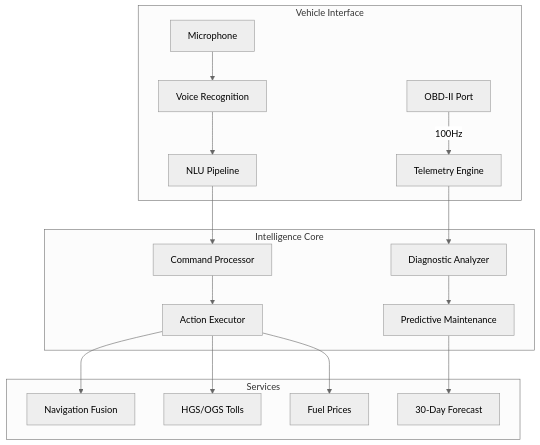
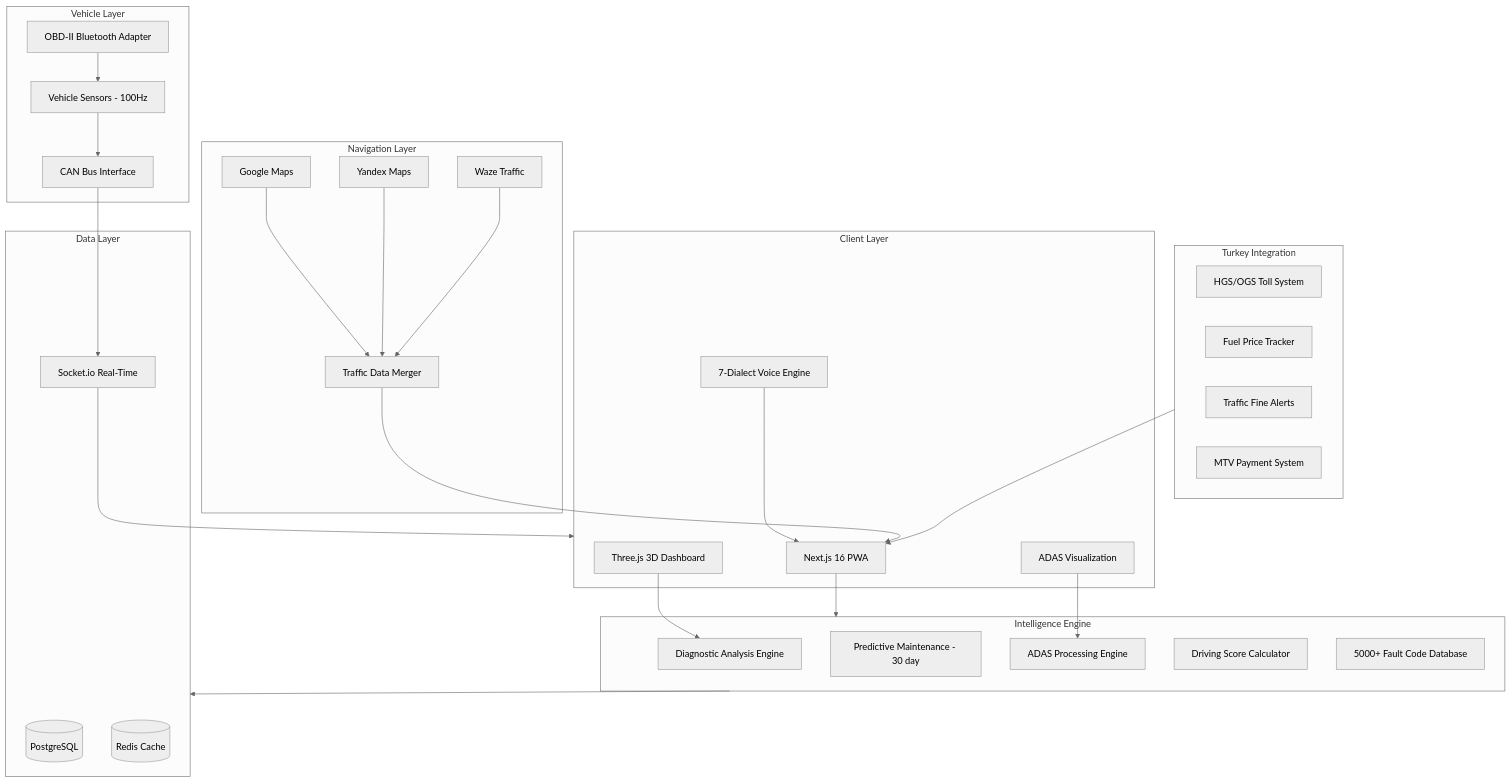
One commit to lydianai/otoail.ailydian.com changed the diagram in README.md. Above: the diagram before and after it, drawn with Mermaid (neutral theme). The commit also changed other lines of this file and 5 other files, not shown here.

````diff
--- a/README.md
+++ b/README.md
@@ -60,20 +157,58 @@
 ```mermaid
-graph TD
-    subgraph "Vehicle Interface"
-        A[OBD-II Port] -->|100Hz| B[Telemetry Engine]
-        C[Microphone] --> D[Voice Recognition]
-        D --> E[NLU Pipeline]
+graph TB
+    subgraph Vehicle["Vehicle Layer"]
+        OBD[OBD-II Bluetooth Adapter]
+        SENSORS[Vehicle Sensors - 100Hz]
+        CAN[CAN Bus Interface]
     end
-    subgraph "Intelligence Core"
-        B --> F[Diagnostic Analyzer]
-        E --> G[Command Processor]
-        F --> H[Predictive Maintenance]
-        G --> I[Action Executor]
+
+    subgraph Client["Client Layer"]
+        WEB[Next.js 16 PWA]
+        VOICE[7-Dialect Voice Engine]
+        ADAS_UI[ADAS Visualization]
+        THREE[Three.js 3D Dashboard]
     end
-    subgraph "Services"
-        I --> J[Navigation Fusion]
-        I --> K[HGS/OGS Tolls]
-        I --> L[Fuel Prices]
-        H --> M[30-Day Forecast]
+
+    subgraph Intelligence["Intelligence Engine"]
+        DIAG[Diagnostic Analysis Engine]
+        PREDICT[Predictive Maintenance - 30 day]
+        ADAS_ENGINE[ADAS Processing Engine]
+        SCORE[Driving Score Calculator]
+        FAULT[5000+ Fault Code Database]
     end
+
+    subgraph Navigation["Navigation Layer"]
+        GMAPS[Google Maps]
+        YANDEX[Yandex Maps]
+        WAZE[Waze Traffic]
+        MERGE[Traffic Data Merger]
+    end
+
+    subgraph Turkey["Turkey Integration"]
+        HGS[HGS/OGS Toll System]
+        FUEL[Fuel Price Tracker]
+        FINES[Traffic Fine Alerts]
+        MTV[MTV Payment System]
+    end
+
+    subgraph Data["Data Layer"]
+        PG[(PostgreSQL)]
+        REDIS[(Redis Cache)]
+        WS[Socket.io Real-Time]
+    end
+
+    OBD --> SENSORS
+    SENSORS --> CAN
+    CAN --> WS
+    WS --> Client
+    WEB --> Intelligence
+    VOICE --> WEB
+    ADAS_UI --> ADAS_ENGINE
+    THREE --> DIAG
+    GMAPS --> MERGE
+    YANDEX --> MERGE
+    WAZE --> MERGE
+    MERGE --> WEB
+    Intelligence --> Data
+    Turkey --> WEB
 ```
````
